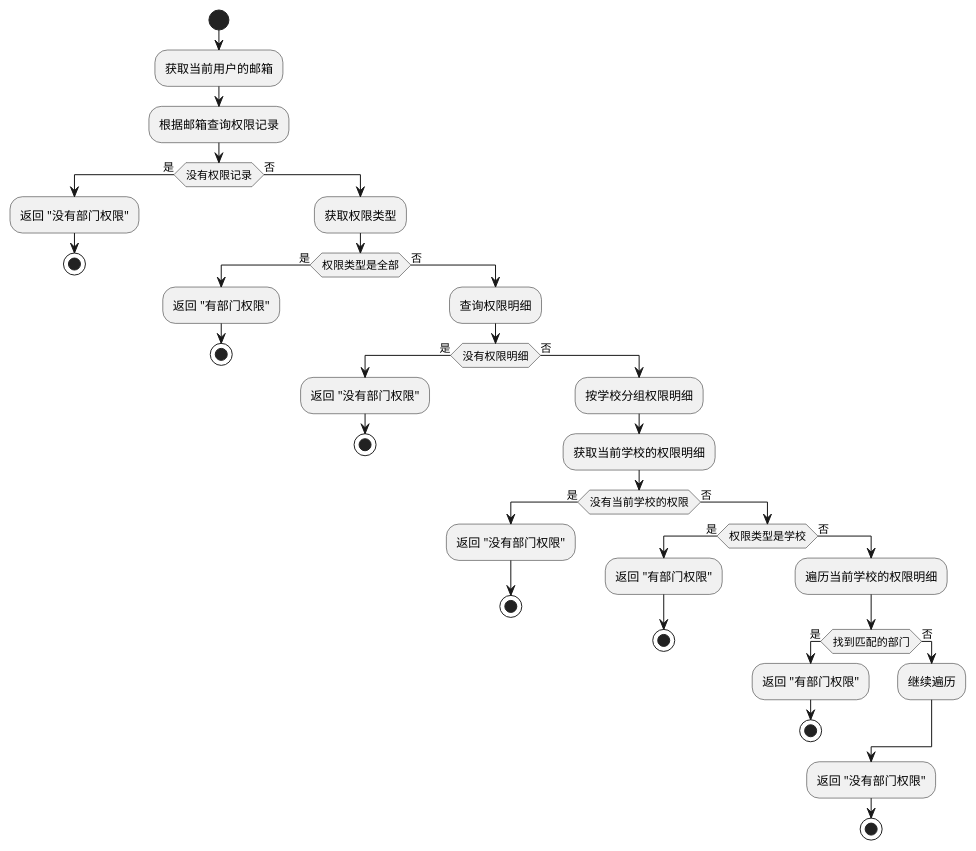
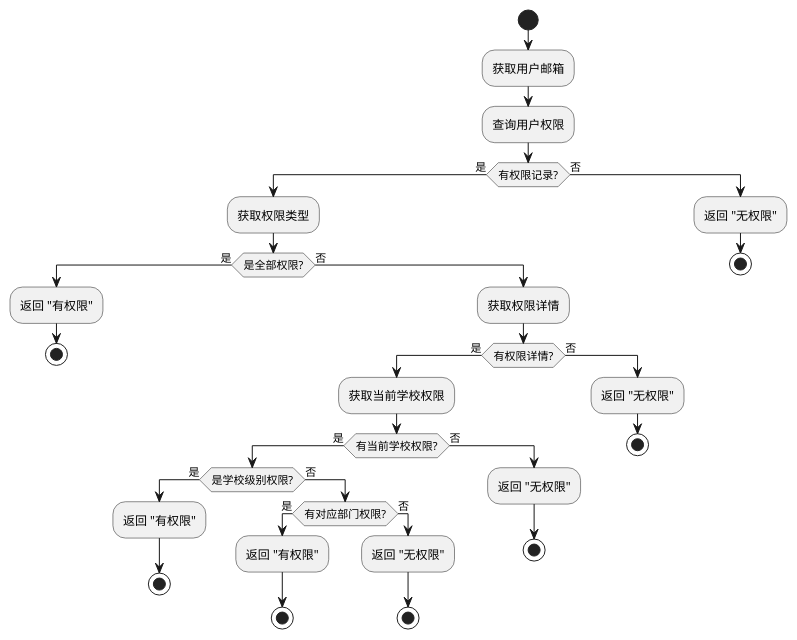
Before and after one commit to wanghaolong/wanghaolong.github.io: the tenth of 16 diagrams in docs/PlantUML分享/PlantUML分享.md, drawn with PlantUML. The commit also changed other lines of this file, not shown here.

````diff
--- a/docs/PlantUML分享/PlantUML分享.md
+++ b/docs/PlantUML分享/PlantUML分享.md
@@ -254,45 +422,42 @@
 ```plantuml
 @startuml
 start
-:获取当前用户的邮箱;
-:根据邮箱查询权限记录;
-if (没有权限记录) then (是)
-    :返回 "没有部门权限";
-    stop
-else (否)
+:获取用户邮箱;
+:查询用户权限;
+if (有权限记录?) then (是)
     :获取权限类型;
-    if (权限类型是全部) then (是)
-        :返回 "有部门权限";
+    if (是全部权限?) then (是)
+        :返回 "有权限";
         stop
     else (否)
-        :查询权限明细;
-        if (没有权限明细) then (是)
-            :返回 "没有部门权限";
-            stop
-        else (否)
-            :按学校分组权限明细;
-            :获取当前学校的权限明细;
-            if (没有当前学校的权限) then (是)
-                :返回 "没有部门权限";
-                stop
-            else (否)
-                if (权限类型是学校) then (是)
-                    :返回 "有部门权限";
+        :获取权限详情;
+        if (有权限详情?) then (是)
+            :获取当前学校权限;
+            if (有当前学校权限?) then (是)
+                if (是学校级别权限?) then (是)
+                    :返回 "有权限";
                     stop
                 else (否)
-                    :遍历当前学校的权限明细;
-                    if (找到匹配的部门) then (是)
-                        :返回 "有部门权限";
+                    if (有对应部门权限?) then (是)
+                        :返回 "有权限";
                         stop
                     else (否)
-                        :继续遍历;
+                        :返回 "无权限";
+                        stop
                     endif
-                    :返回 "没有部门权限";
-                    stop
                 endif
+            else (否)
+                :返回 "无权限";
+                stop
             endif
+        else (否)
+            :返回 "无权限";
+            stop
         endif
     endif
+else (否)
+    :返回 "无权限";
+    stop
 endif
 @enduml
 ```
````
